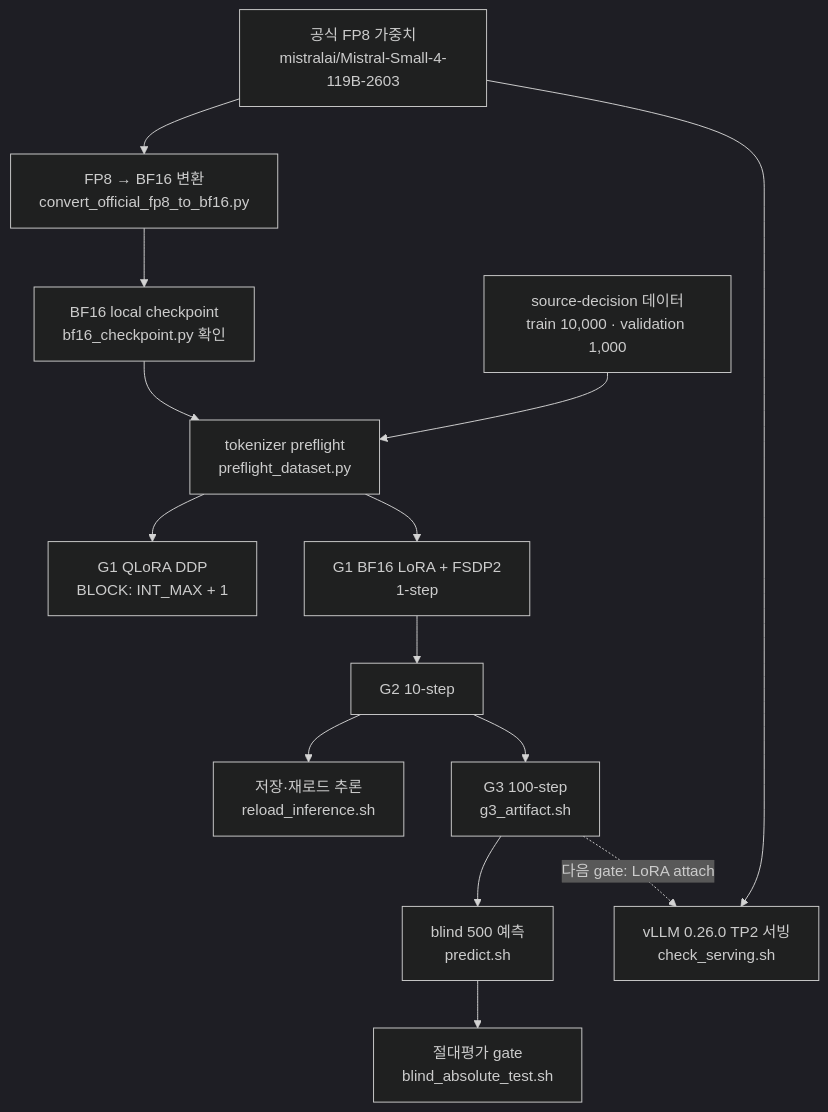
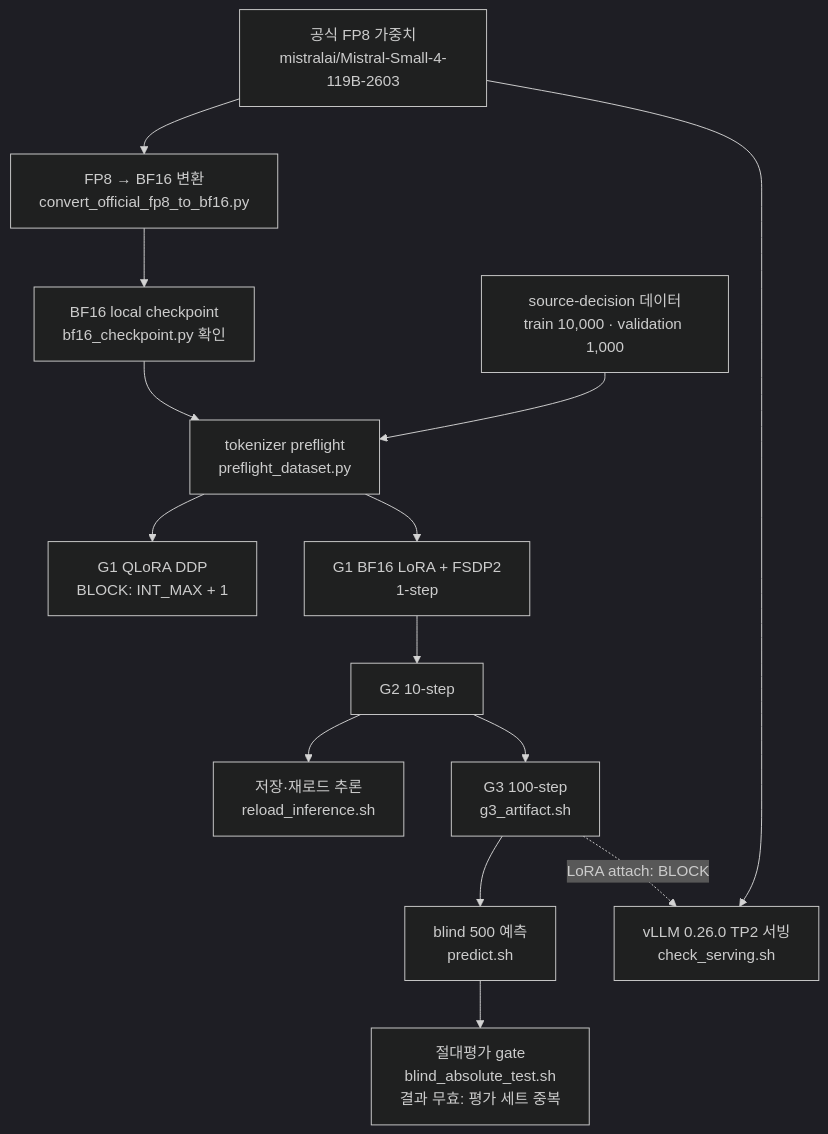
The diagram in README.md (Malicious-code-detection-project/AegisLM-Mistral-Small-4-119B), drawn with Mermaid (dark theme) before and after one commit. The commit also changed other lines of this file, not shown here.

First line of the commit message:
docs: README에 blind 500 결과 무효와 LoRA attach BLOCK 반영

````diff
--- a/README.md
+++ b/README.md
@@ -230,16 +230,16 @@
 ```mermaid
 flowchart TD
     HF["공식 FP8 가중치<br/>mistralai/Mistral-Small-4-119B-2603"] --> CV["FP8 → BF16 변환<br/>convert_official_fp8_to_bf16.py"]
     CV --> BF["BF16 local checkpoint<br/>bf16_checkpoint.py 확인"]
     D["source-decision 데이터<br/>train 10,000 · validation 1,000"] --> PF["tokenizer preflight<br/>preflight_dataset.py"]
     BF --> PF
     PF --> Q["G1 QLoRA DDP<br/>BLOCK: INT_MAX + 1"]
     PF --> G1["G1 BF16 LoRA + FSDP2<br/>1-step"]
     G1 --> G2["G2 10-step"]
     G2 --> RL["저장·재로드 추론<br/>reload_inference.sh"]
     G2 --> G3["G3 100-step<br/>g3_artifact.sh"]
     G3 --> PR["blind 500 예측<br/>predict.sh"]
-    PR --> SC["절대평가 gate<br/>blind_absolute_test.sh"]
+    PR --> SC["절대평가 gate<br/>blind_absolute_test.sh<br/>결과 무효: 평가 세트 중복"]
     HF --> SV["vLLM 0.26.0 TP2 서빙<br/>check_serving.sh"]
-    G3 -.->|"다음 gate: LoRA attach"| SV
+    G3 -.->|"LoRA attach: BLOCK"| SV
 ```
````
